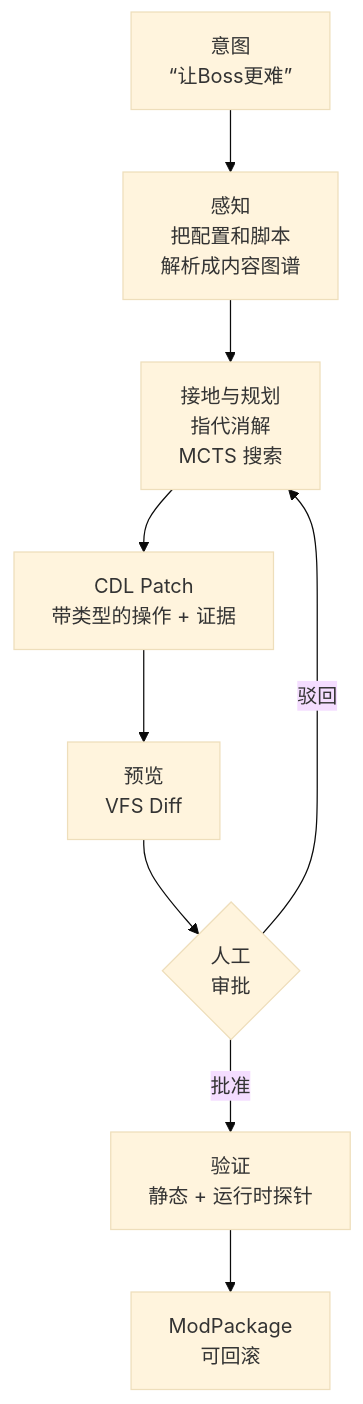
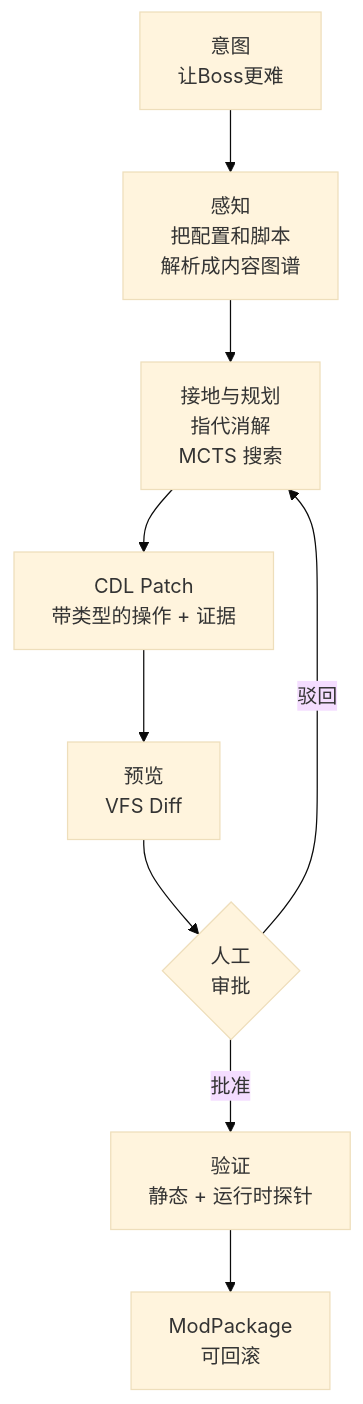
One commit to tim0n1994/udify changed the diagram in README.zh-CN.md. Above: the diagram before and after it, drawn with Mermaid (base theme). The commit also changed 1 other file, not shown here.

Commit message:
docs: 修复中文 README 流程图渲染

````diff
--- a/README.zh-CN.md
+++ b/README.zh-CN.md
@@ -44,11 +44,11 @@
 ```mermaid
 flowchart TD
-    A["意图<br/>“让Boss更难”"] --> B["感知<br/>把配置和脚本<br/>解析成内容图谱"]
+    A["意图<br/>让Boss更难"] --> B["感知<br/>把配置和脚本<br/>解析成内容图谱"]
     B --> C["接地与规划<br/>指代消解<br/>MCTS 搜索"]
     C --> D["CDL Patch<br/>带类型的操作 + 证据"]
     D --> E["预览<br/>VFS Diff"]
     E --> F{"人工<br/>审批"}
     F -->|批准| G["验证<br/>静态 + 运行时探针"]
     F -->|驳回| C
     G --> H["ModPackage<br/>可回滚"]
 ```
````
